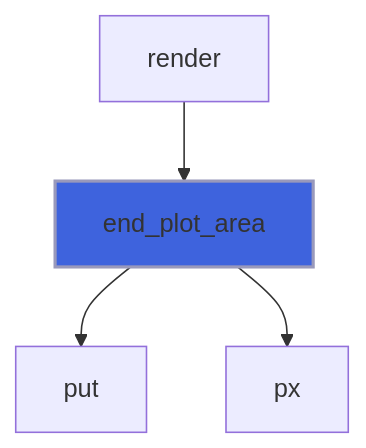
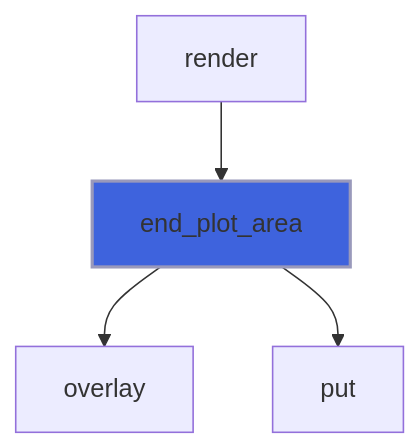
One commit to szaghi/foresight changed diagram 14 of 30 in docs/api/src/lib/foresight_backend_svg.md. Above: the diagram before and after it, drawn with Mermaid. The commit also changed other lines of this file and 97 other files, not shown here.

````diff
--- a/docs/api/src/lib/foresight_backend_svg.md
+++ b/docs/api/src/lib/foresight_backend_svg.md
@@ -446,7 +463,7 @@
 ```mermaid
 flowchart TD
   render["render"] --> end_plot_area["end_plot_area"]
+  end_plot_area["end_plot_area"] --> overlay["overlay"]
   end_plot_area["end_plot_area"] --> put["put"]
-  end_plot_area["end_plot_area"] --> px["px"]
   style end_plot_area fill:#3e63dd,stroke:#99b,stroke-width:2px
 ```
````
